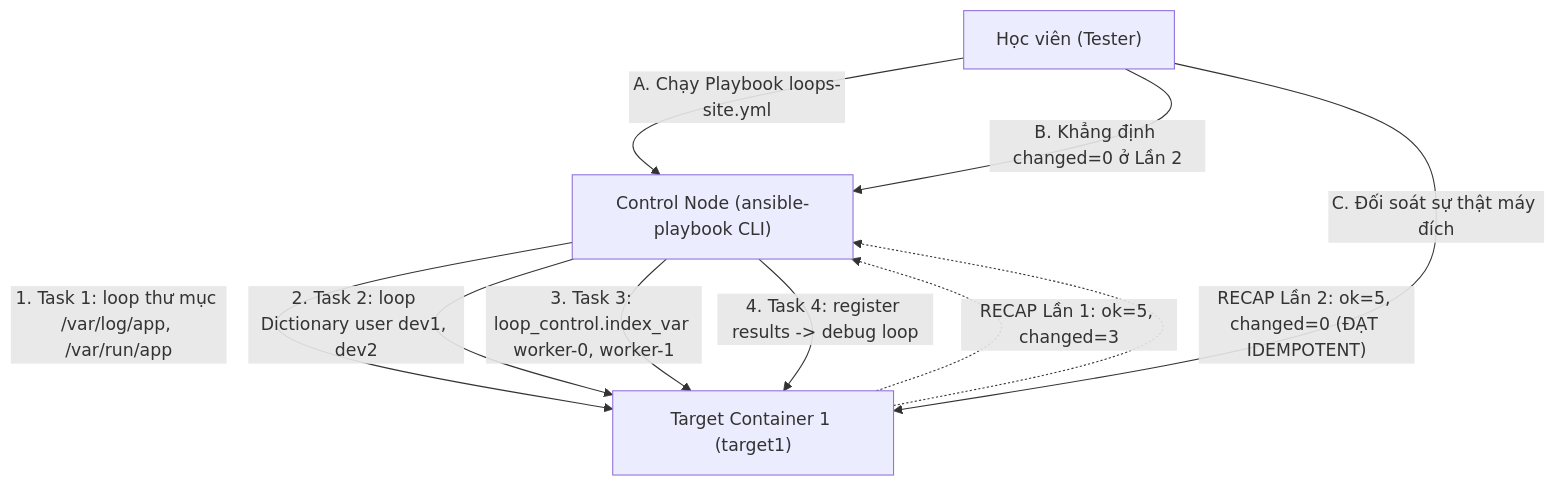
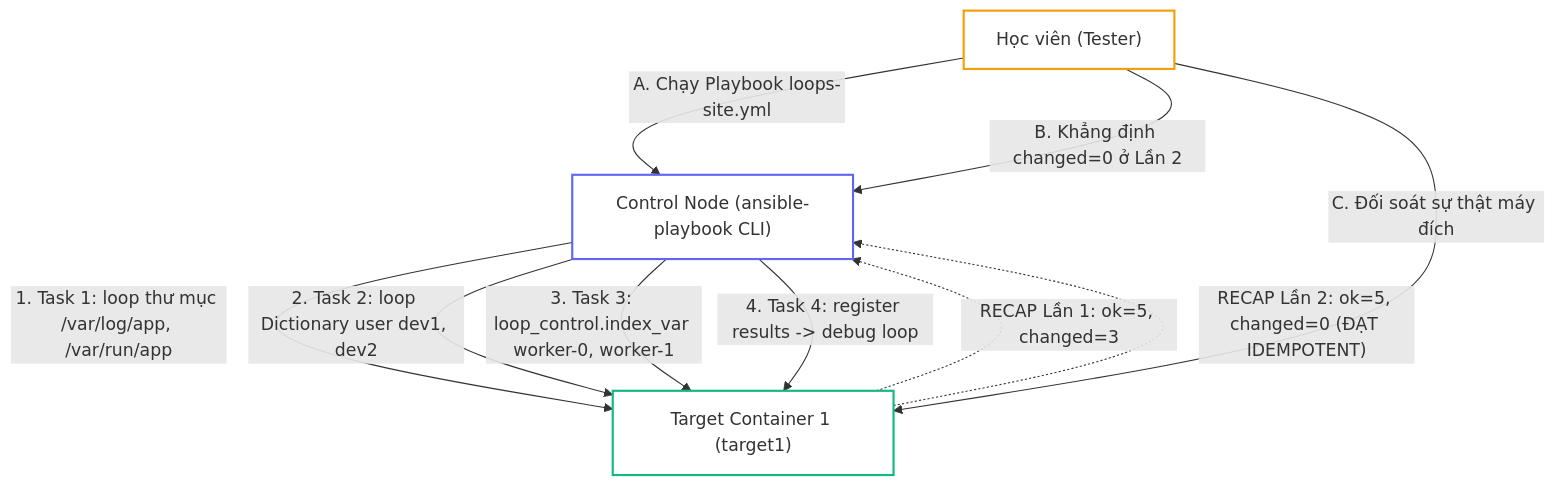
The third of 3 diagrams in _posts/2026-09-13-ansible-10-10-loops.md (kiennt308/ntk), drawn with Mermaid before and after one commit. The commit also changed other lines of this file and 30 other files, not shown here.

````diff
--- a/_posts/2026-09-13-ansible-10-10-loops.md
+++ b/_posts/2026-09-13-ansible-10-10-loops.md
@@ -488,14 +509,18 @@
 ```mermaid
 graph TD
     SubGraph1["Control Node (ansible-playbook CLI)"] -->|"1. Task 1: loop thư mục /var/log/app, /var/run/app"| T1["Target Container 1 (target1)"]
     SubGraph1 -->|"2. Task 2: loop Dictionary user dev1, dev2"| T1
     SubGraph1 -->|"3. Task 3: loop_control.index_var worker-0, worker-1"| T1
     SubGraph1 -->|"4. Task 4: register results -> debug loop"| T1
     
-    T1 -. "RECAP Lần 1: ok=5, changed=3" .-> SubGraph1
-    T1 -. "RECAP Lần 2: ok=5, changed=0 (ĐẠT IDEMPOTENT)" .-> SubGraph1
+    T1 -.->|"RECAP Lần 1: ok=5, changed=3"| SubGraph1
+    T1 -.->|"RECAP Lần 2: ok=5, changed=0 (ĐẠT IDEMPOTENT)"| SubGraph1
     
     DEV["Học viên (Tester)"] -->|"A. Chạy Playbook loops-site.yml"| SubGraph1
     DEV -->|"B. Khẳng định changed=0 ở Lần 2"| SubGraph1
     DEV -->|"C. Đối soát sự thật máy đích"| T1
+
+    style SubGraph1 fill:none,stroke:#6366f1,stroke-width:2px
+    style T1 fill:none,stroke:#10b981,stroke-width:2px
+    style DEV fill:none,stroke:#f59e0b,stroke-width:2px
 ```
````
